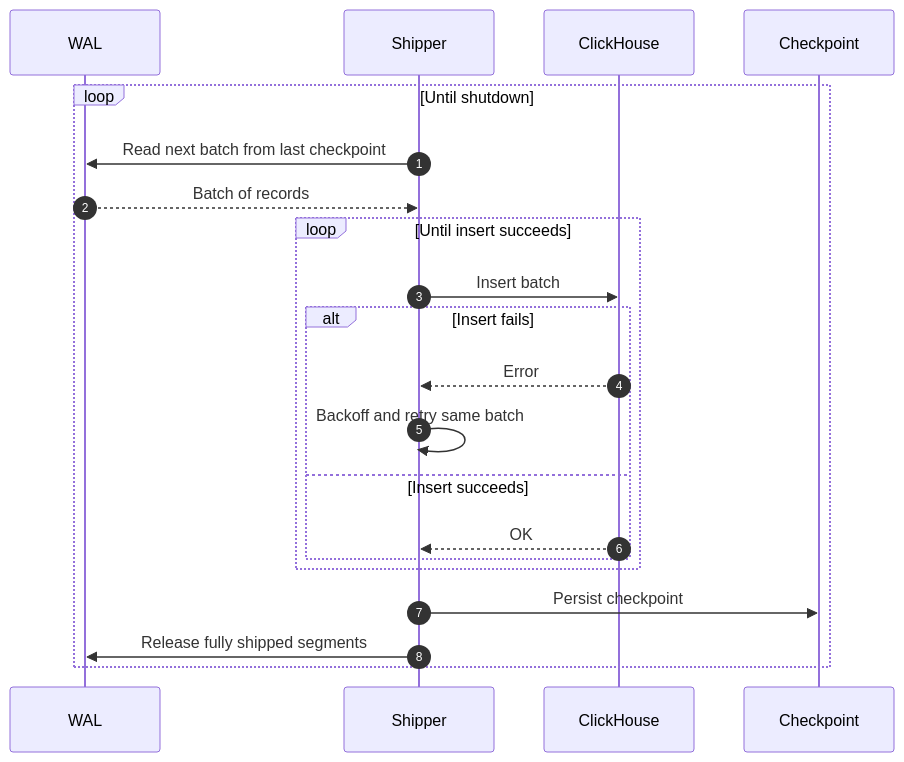
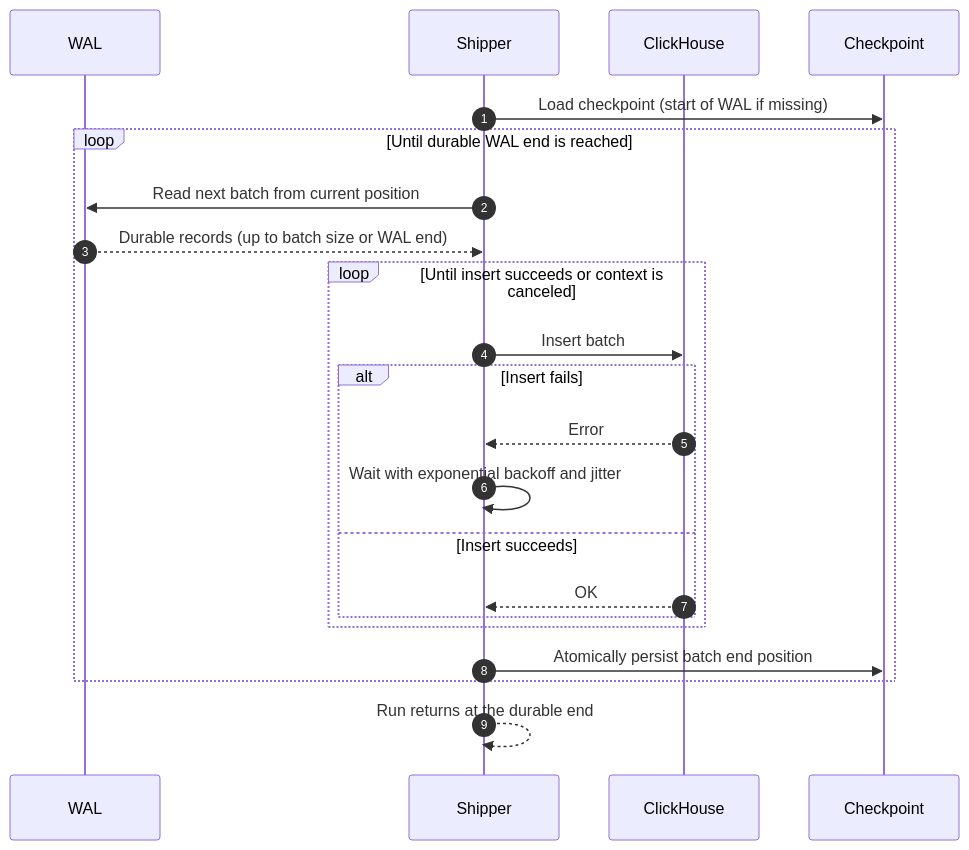
One commit to PratyushVishal11011/Fairgate changed diagram 13 of 14 in README.md. Above: the diagram before and after it, drawn with Mermaid. The commit also changed other lines of this file and 8 other files, not shown here.

Commit message:
Update shipper & implement WAL-driven shipping + Checkpoints, retry, backoff

````diff
--- a/README.md
+++ b/README.md
@@ -557,24 +599,25 @@
 ```mermaid
 sequenceDiagram
     autonumber
     participant W as WAL
     participant SH as Shipper
     participant DB as ClickHouse
     participant CK as Checkpoint
 
-    loop Until shutdown
-        SH->>W: Read next batch from last checkpoint
-        W-->>SH: Batch of records
-        loop Until insert succeeds
+    SH->>CK: Load checkpoint (start of WAL if missing)
+    loop Until durable WAL end is reached
+        SH->>W: Read next batch from current position
+        W-->>SH: Durable records (up to batch size or WAL end)
+        loop Until insert succeeds or context is canceled
             SH->>DB: Insert batch
             alt Insert fails
                 DB-->>SH: Error
-                SH->>SH: Backoff and retry same batch
+                SH->>SH: Wait with exponential backoff and jitter
             else Insert succeeds
                 DB-->>SH: OK
             end
         end
-        SH->>CK: Persist checkpoint
-        SH->>W: Release fully shipped segments
+        SH->>CK: Atomically persist batch end position
     end
+    SH-->>SH: Run returns at the durable end
 ```
````
